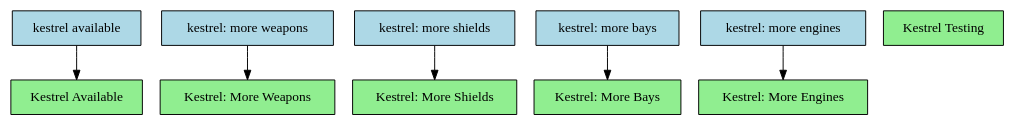
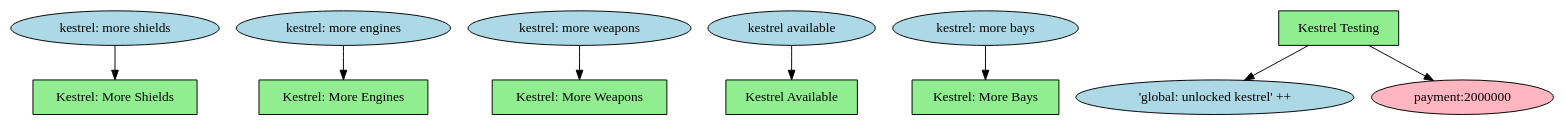
One commit to thetazero/endless-sky changed the diagram in mission-tree/output.dot. Above: the diagram before and after it, drawn with Graphviz. The commit also changed 4 other files, not shown here.

```diff
--- a/mission-tree/output.dot
+++ b/mission-tree/output.dot
@@ -1,18 +1,22 @@
 digraph G {
-"kestrel available" [shape=box,fillcolor=lightblue,style=filled]
-"kestrel: more weapons" [shape=box,fillcolor=lightblue,style=filled]
-"kestrel: more shields" [shape=box,fillcolor=lightblue,style=filled]
-"kestrel: more bays" [shape=box,fillcolor=lightblue,style=filled]
-"kestrel: more engines" [shape=box,fillcolor=lightblue,style=filled]
+"kestrel: more shields" [shape=ellipse,fillcolor=lightblue,style=filled]
+"kestrel: more engines" [shape=ellipse,fillcolor=lightblue,style=filled]
+"kestrel: more weapons" [shape=ellipse,fillcolor=lightblue,style=filled]
+"kestrel available" [shape=ellipse,fillcolor=lightblue,style=filled]
+"kestrel: more bays" [shape=ellipse,fillcolor=lightblue,style=filled]
+"'global: unlocked kestrel' ++" [shape=ellipse,fillcolor=lightblue,style=filled]
 "Kestrel Testing" [shape=box,fillcolor=lightgreen,style=filled]
 "Kestrel: More Weapons" [shape=box,fillcolor=lightgreen,style=filled]
 "Kestrel: More Engines" [shape=box,fillcolor=lightgreen,style=filled]
 "Kestrel: More Shields" [shape=box,fillcolor=lightgreen,style=filled]
 "Kestrel: More Bays" [shape=box,fillcolor=lightgreen,style=filled]
 "Kestrel Available" [shape=box,fillcolor=lightgreen,style=filled]
+"payment:2000000" [shape=oval,fillcolor=lightpink,style=filled]
+"Kestrel Testing" -> "payment:2000000"
+"Kestrel Testing" -> "'global: unlocked kestrel' ++"
 "kestrel: more weapons" -> "Kestrel: More Weapons"
 "kestrel: more engines" -> "Kestrel: More Engines"
 "kestrel: more shields" -> "Kestrel: More Shields"
 "kestrel: more bays" -> "Kestrel: More Bays"
 "kestrel available" -> "Kestrel Available"
 }
```
